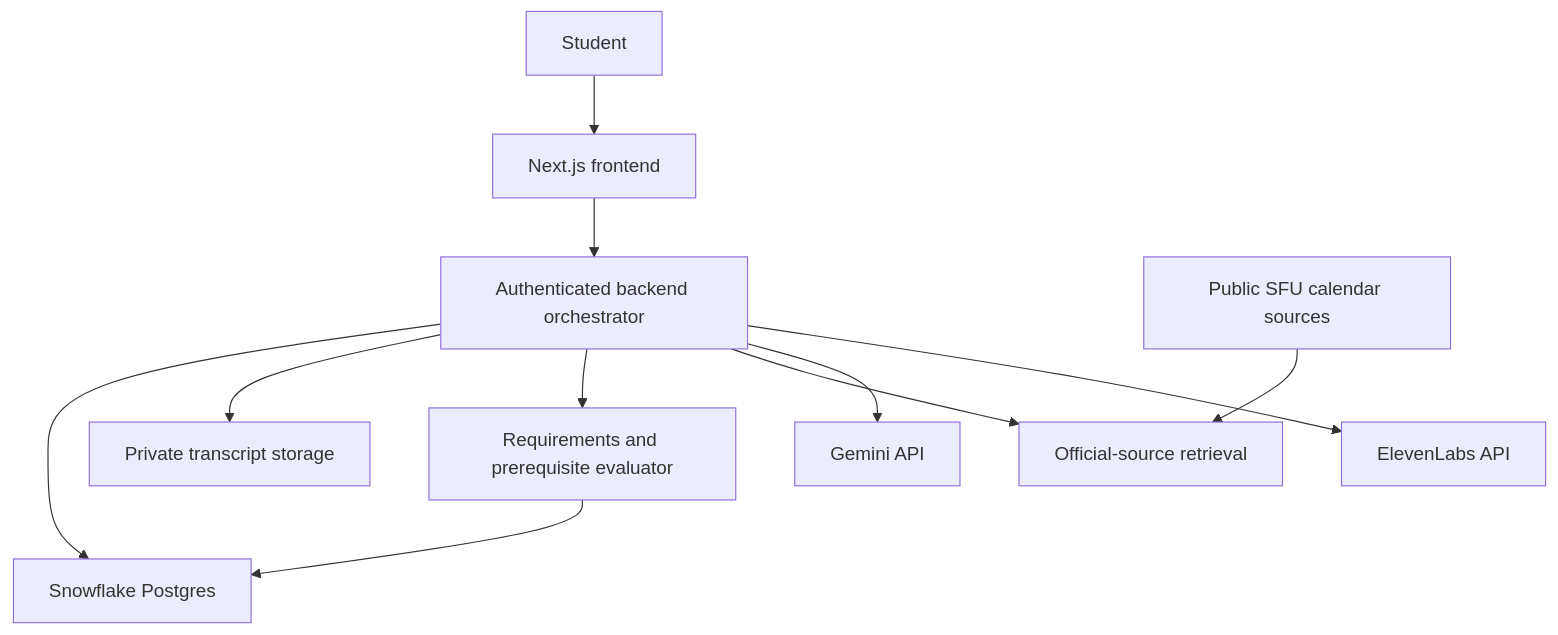
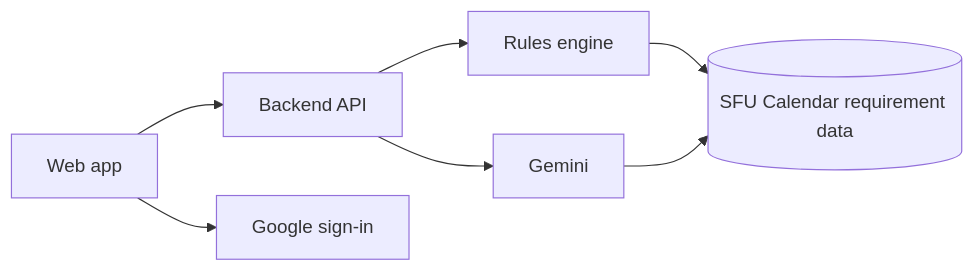
The diagram in README.md (swishpaul23/myadvisor), drawn with Mermaid before and after one commit. The commit also changed other lines of this file, not shown here.

````diff
--- a/README.md
+++ b/README.md
@@ -158,13 +45,9 @@
 ```mermaid
-flowchart TD
-    Student[Student] --> Web[Next.js frontend]
-    Web --> API[Authenticated backend orchestrator]
-    API --> PG[Snowflake Postgres]
-    API --> Files[Private transcript storage]
-    API --> Rules[Requirements and prerequisite evaluator]
-    Rules --> PG
-    API --> Retrieval[Official-source retrieval]
-    Calendar[Public SFU calendar sources] --> Retrieval
-    API --> Gemini[Gemini API]
-    API --> Voice[ElevenLabs API]
+flowchart LR
+    UI[Web app] --> API[Backend API]
+    API --> RULES[Rules engine]
+    API --> LLM[Gemini]
+    RULES --> DATA[(SFU Calendar requirement data)]
+    LLM --> DATA
+    UI --> AUTH[Google sign-in]
 ```
````
